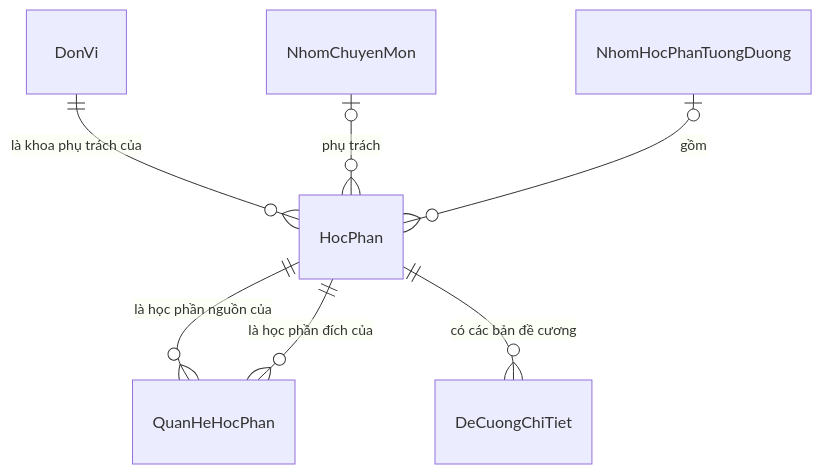
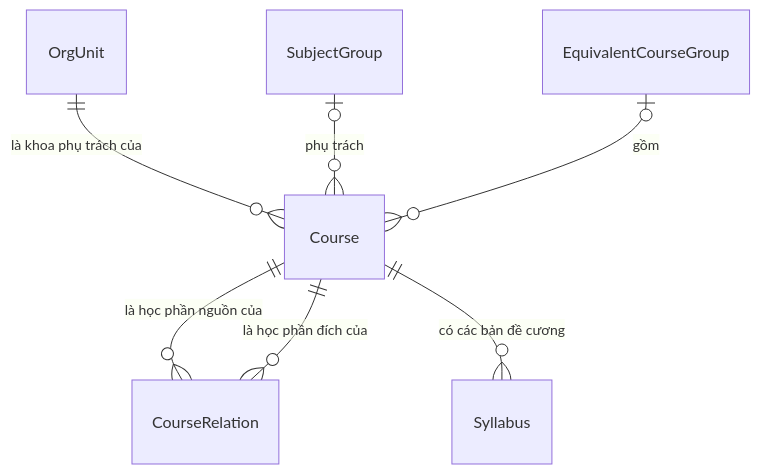
The second of 7 diagrams in docs/design/erd.md (4UT15T1Ck/curriculum-management), drawn with Mermaid before and after one commit. The commit also changed other lines of this file and 71 other files, not shown here.

````diff
--- a/docs/design/erd.md
+++ b/docs/design/erd.md
@@ -59,9 +62,9 @@
 ```mermaid
 erDiagram
-    DonVi ||--o{ HocPhan : "là khoa phụ trách của"
-    NhomChuyenMon |o--o{ HocPhan : "phụ trách"
-    NhomHocPhanTuongDuong |o--o{ HocPhan : "gồm"
-    HocPhan ||--o{ QuanHeHocPhan : "là học phần nguồn của"
-    HocPhan ||--o{ QuanHeHocPhan : "là học phần đích của"
-    HocPhan ||--o{ DeCuongChiTiet : "có các bản đề cương"
+    OrgUnit ||--o{ Course : "là khoa phụ trách của"
+    SubjectGroup |o--o{ Course : "phụ trách"
+    EquivalentCourseGroup |o--o{ Course : "gồm"
+    Course ||--o{ CourseRelation : "là học phần nguồn của"
+    Course ||--o{ CourseRelation : "là học phần đích của"
+    Course ||--o{ Syllabus : "có các bản đề cương"
 ```
````
